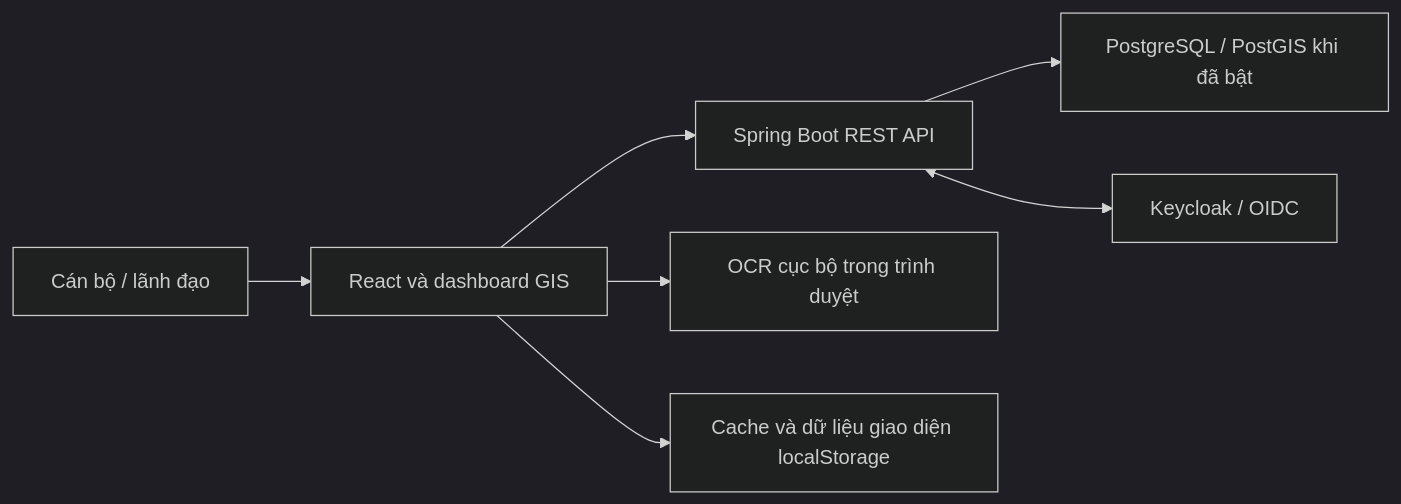
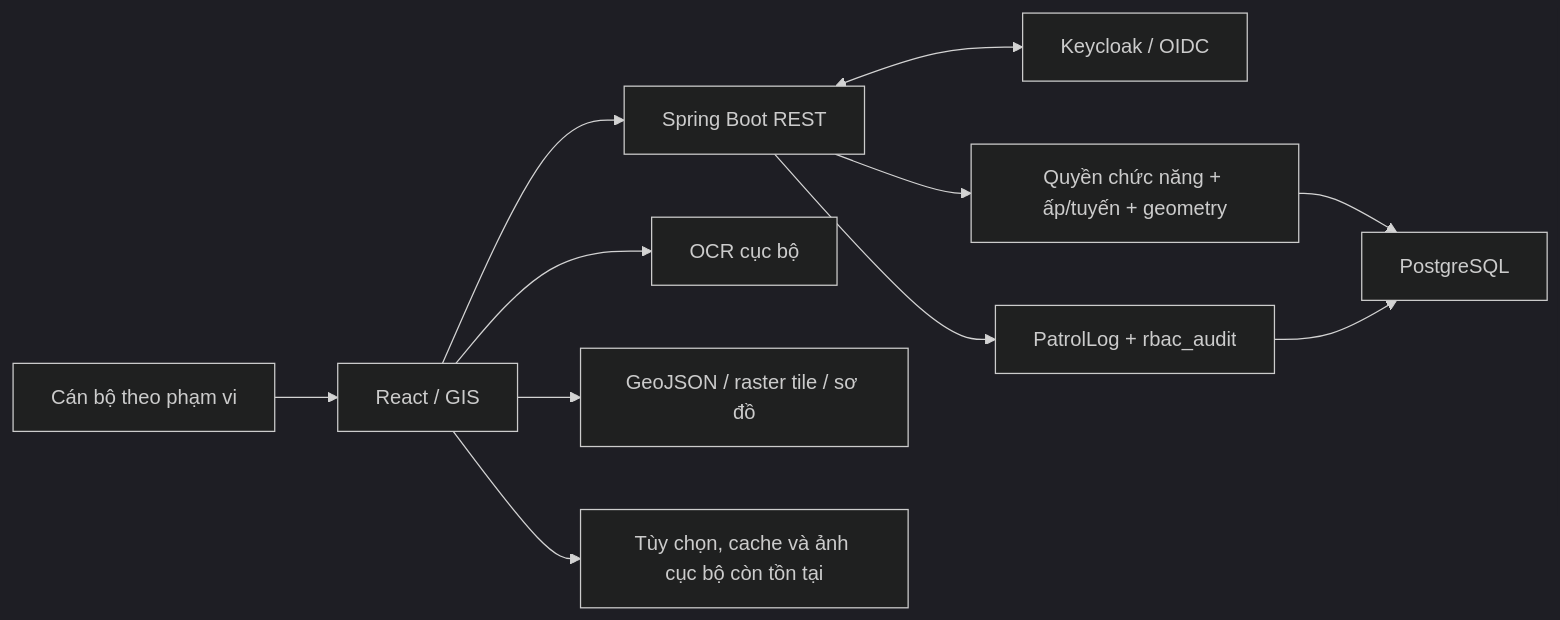
The diagram in docs/tong-quan-du-an-goal-va-quy-chuan.md (laihoangdo/ward-management), drawn with Mermaid (dark theme) before and after one commit. The commit also changed other lines of this file and 3914 other files, not shown here.

````diff
--- a/docs/tong-quan-du-an-goal-va-quy-chuan.md
+++ b/docs/tong-quan-du-an-goal-va-quy-chuan.md
@@ -44,9 +41,13 @@
 ```mermaid
 flowchart LR
-  Officer[Cán bộ / lãnh đạo] --> UI[React và dashboard GIS]
-  UI --> API[Spring Boot REST API]
-  UI --> OCR[OCR cục bộ trong trình duyệt]
-  UI --> Local[Cache và dữ liệu giao diện localStorage]
-  API --> DB[PostgreSQL / PostGIS khi đã bật]
+  User[Cán bộ theo phạm vi] --> UI[React / GIS]
+  UI --> API[Spring Boot REST]
+  UI --> OCR[OCR cục bộ]
+  UI --> Assets[GeoJSON / raster tile / sơ đồ]
+  UI --> Local[Tùy chọn, cache và ảnh cục bộ còn tồn tại]
   API <--> IDP[Keycloak / OIDC]
+  API --> RBAC[Quyền chức năng + ấp/tuyến + geometry]
+  RBAC --> DB[PostgreSQL]
+  API --> History[PatrolLog + rbac_audit]
+  History --> DB
 ```
````
